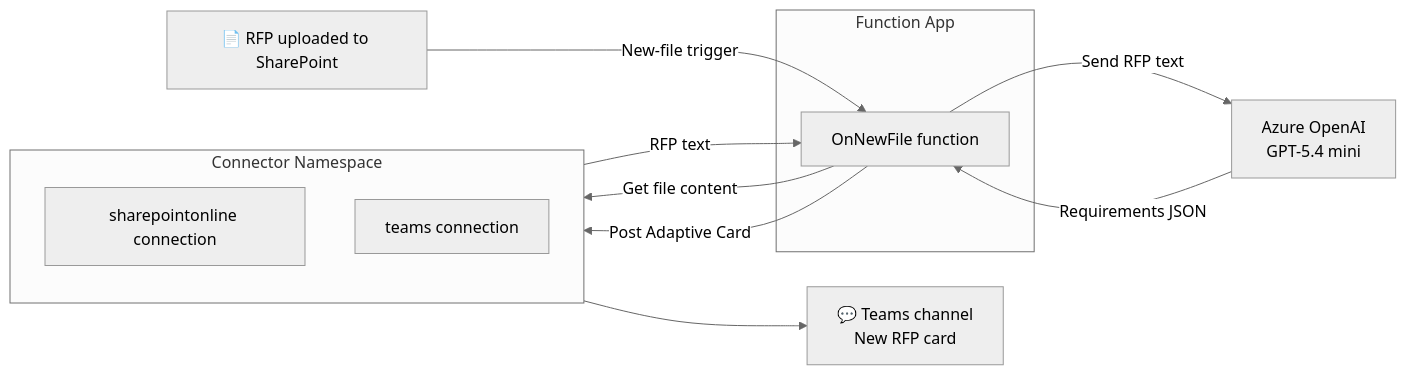
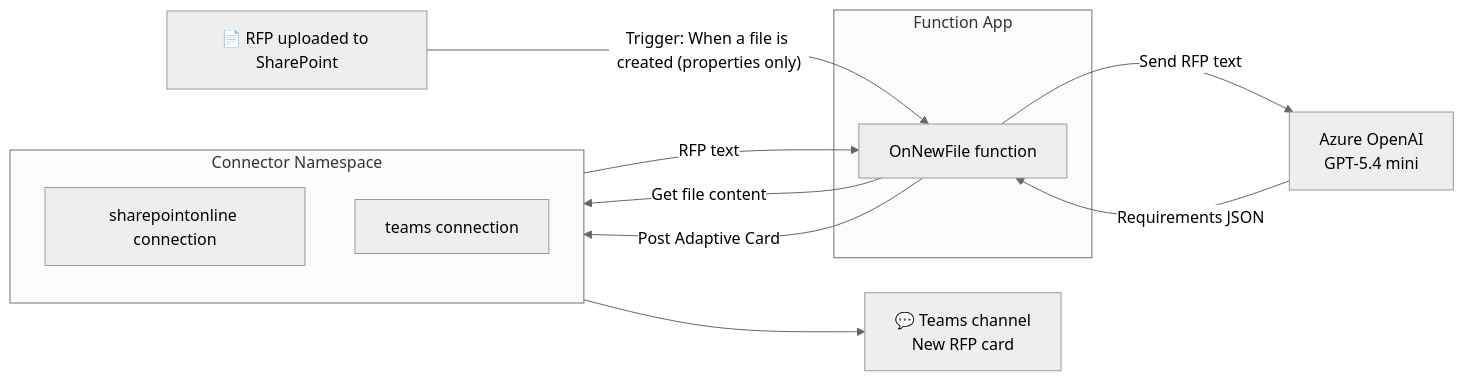
Before and after one commit to Azure-Samples/functions-connectors-net-rfp-intake-sharepoint-teams: the diagram in README.md, drawn with Mermaid (neutral theme).

Commit message:
Restore SharePoint trigger description
Keep the exact static trigger operation in the end-to-end flow diagram.

Copilot-Session: 2e4d7094-4526-4f73-b5c0-05449b967627

````diff
--- a/README.md
+++ b/README.md
@@ -17,22 +17,22 @@
 ```mermaid
 flowchart LR
     A["📄 RFP uploaded to SharePoint"]
-    A -->|"New-file trigger"| B
+    A -->|"Trigger: When a file is created (properties only)"| B
 
     subgraph FA["Function App"]
       B["OnNewFile function"]
     end
 
     subgraph CN["Connector Namespace"]
       direction TB
       SP["sharepointonline connection"]
       TM["teams connection"]
     end
 
     B -->|"Get file content"| SP
     SP -->|"RFP text"| B
     B -->|"Send RFP text"| C["Azure OpenAI<br/>GPT-5.4 mini"]
     C -->|"Requirements JSON"| B
     B -->|"Post Adaptive Card"| TM
     TM --> E["💬 Teams channel<br/>New RFP card"]
 ```
````
